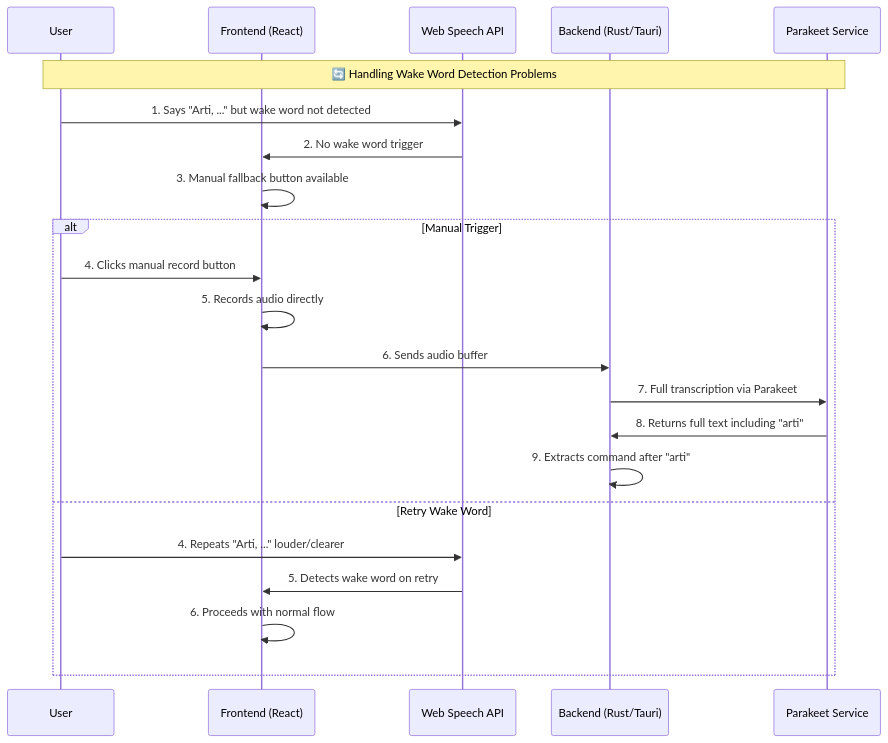
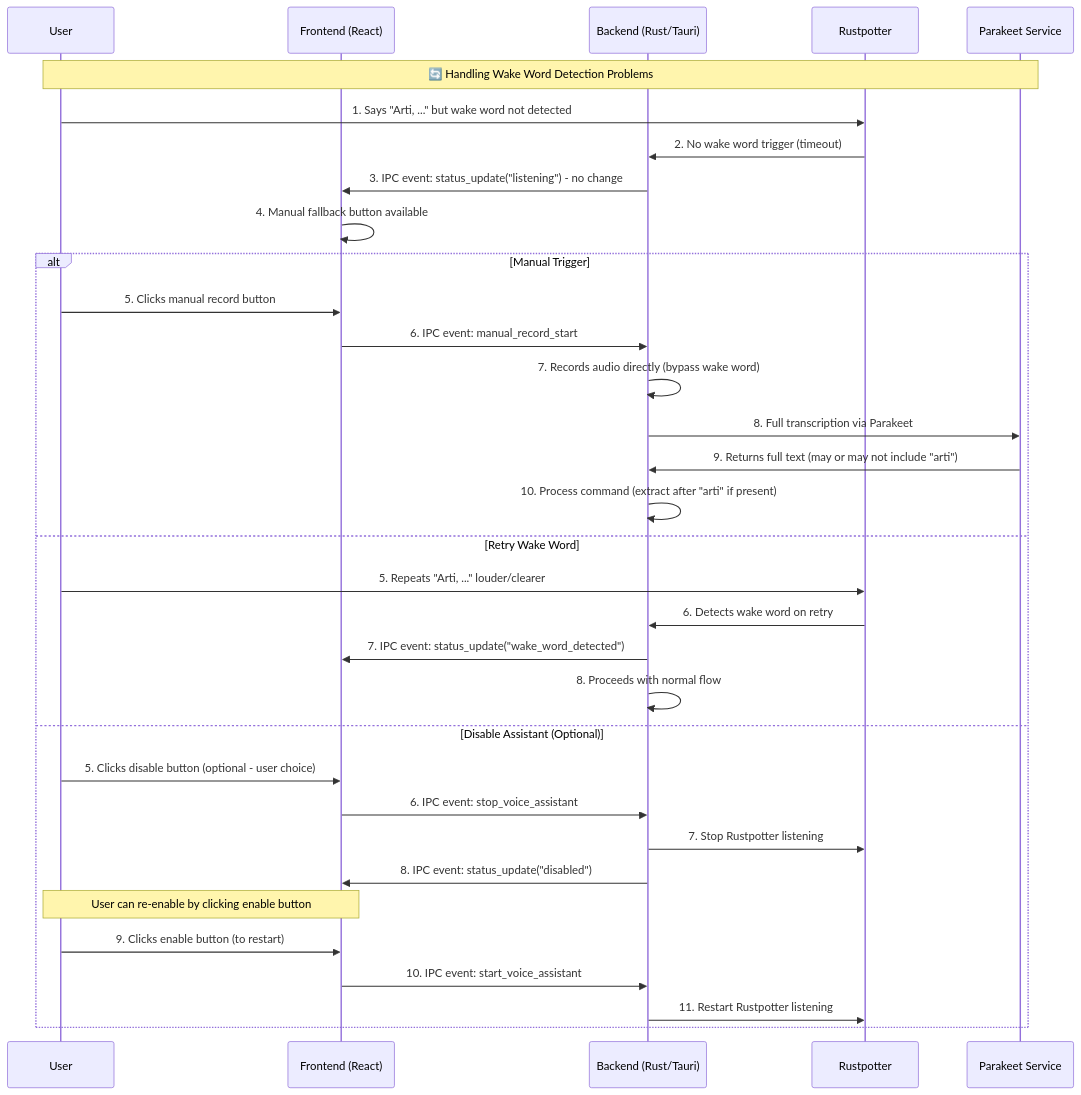
One commit to PiotrGrobelak/shortcut-artisan changed the second of 2 diagrams in docs/architecture/voice-command-flow.md. Above: the diagram before and after it, drawn with Mermaid. The commit also changed other lines of this file and 6 other files, not shown here.

````diff
--- a/docs/architecture/voice-command-flow.md
+++ b/docs/architecture/voice-command-flow.md
@@ -94,27 +100,38 @@
 ```mermaid
 sequenceDiagram
     participant U as User
     participant F as Frontend (React)
-    participant WSA as Web Speech API
     participant B as Backend (Rust/Tauri)
+    participant R as Rustpotter
     participant P as Parakeet Service
 
     Note over U,P: 🔄 Handling Wake Word Detection Problems
 
-    U->>WSA: 1. Says "Arti, ..." but wake word not detected
-    WSA->>F: 2. No wake word trigger
-    F->>F: 3. Manual fallback button available
+    U->>R: 1. Says "Arti, ..." but wake word not detected
+    R->>B: 2. No wake word trigger (timeout)
+    B->>F: 3. IPC event: status_update("listening") - no change
+    F->>F: 4. Manual fallback button available
 
     alt Manual Trigger
-        U->>F: 4. Clicks manual record button
-        F->>F: 5. Records audio directly
-        F->>B: 6. Sends audio buffer
-        B->>P: 7. Full transcription via Parakeet
-        P->>B: 8. Returns full text including "arti"
-        B->>B: 9. Extracts command after "arti"
+        U->>F: 5. Clicks manual record button
+        F->>B: 6. IPC event: manual_record_start
+        B->>B: 7. Records audio directly (bypass wake word)
+        B->>P: 8. Full transcription via Parakeet
+        P->>B: 9. Returns full text (may or may not include "arti")
+        B->>B: 10. Process command (extract after "arti" if present)
     else Retry Wake Word
-        U->>WSA: 4. Repeats "Arti, ..." louder/clearer
-        WSA->>F: 5. Detects wake word on retry
-        F->>F: 6. Proceeds with normal flow
+        U->>R: 5. Repeats "Arti, ..." louder/clearer
+        R->>B: 6. Detects wake word on retry
+        B->>F: 7. IPC event: status_update("wake_word_detected")
+        B->>B: 8. Proceeds with normal flow
+    else Disable Assistant (Optional)
+        U->>F: 5. Clicks disable button (optional - user choice)
+        F->>B: 6. IPC event: stop_voice_assistant
+        B->>R: 7. Stop Rustpotter listening
+        B->>F: 8. IPC event: status_update("disabled")
+        Note over F,U: User can re-enable by clicking enable button
+        U->>F: 9. Clicks enable button (to restart)
+        F->>B: 10. IPC event: start_voice_assistant
+        B->>R: 11. Restart Rustpotter listening
     end
 ```
````
